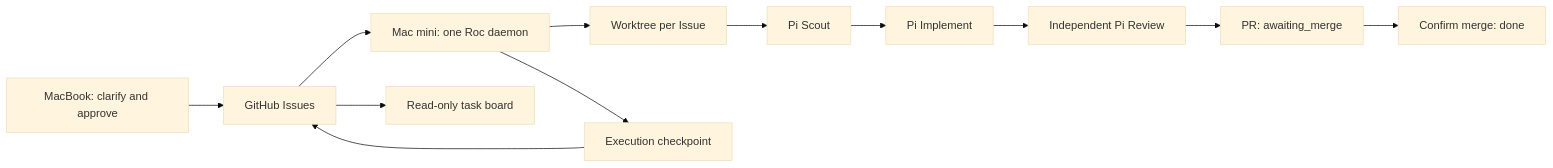
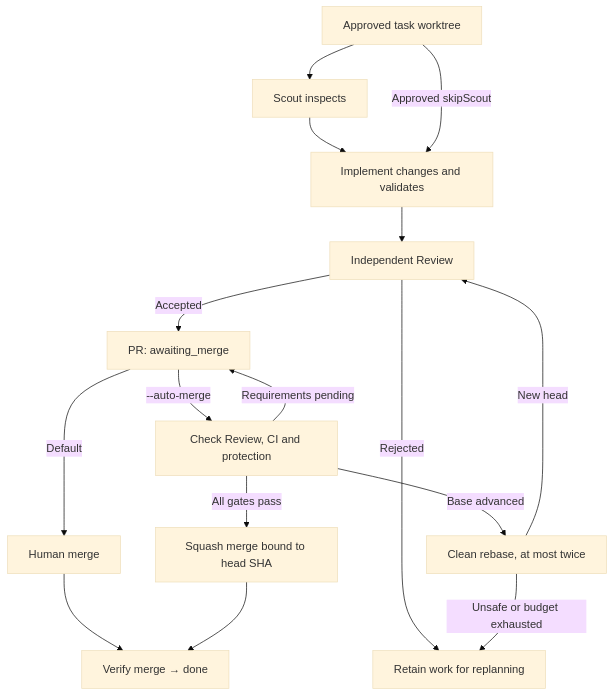
One commit to devos-ing/Roc changed the diagram in README.details.md. Above: the diagram before and after it, drawn with Mermaid (base theme). The commit also changed other lines of this file and 9 other files, not shown here.

Commit message:
docs: explain current Roc architecture and task workflow

````diff
--- a/README.details.md
+++ b/README.details.md
@@ -12,11 +284,29 @@
 ```mermaid
-flowchart LR
-    chat["MacBook: clarify and approve"] --> issues["GitHub Issues"]
-    issues --> daemon["Mac mini: one Roc daemon"]
-    daemon --> worktree["Worktree per Issue"]
-    worktree --> scout["Pi Scout"] --> implement["Pi Implement"]
-    implement --> review["Independent Pi Review"] --> pr["PR: awaiting_merge"]
-    pr --> merge["Confirm merge: done"]
-    daemon --> checkpoint["Execution checkpoint"] --> issues
-    issues --> board["Read-only task board"]
+flowchart TD
+    work["Approved task worktree"]
+    scout["Scout inspects"]
+    implement["Implement changes and validates"]
+    review["Independent Review"]
+    pr["PR: awaiting_merge"]
+    human["Human merge"]
+    guard["Check Review, CI and protection"]
+    refresh["Clean rebase, at most twice"]
+    merge["Squash merge bound to head SHA"]
+    done["Verify merge → done"]
+    attention["Retain work for replanning"]
+    work --> scout
+    scout --> implement
+    work -->|"Approved skipScout"| implement
+    implement --> review
+    review -->|"Accepted"| pr
+    review -->|"Rejected"| attention
+    pr -->|"Default"| human
+    human --> done
+    pr -->|"--auto-merge"| guard
+    guard -->|"Requirements pending"| pr
+    guard -->|"Base advanced"| refresh
+    refresh -->|"New head"| review
+    guard -->|"All gates pass"| merge
+    merge --> done
+    refresh -->|"Unsafe or budget exhausted"| attention
 ```
````
